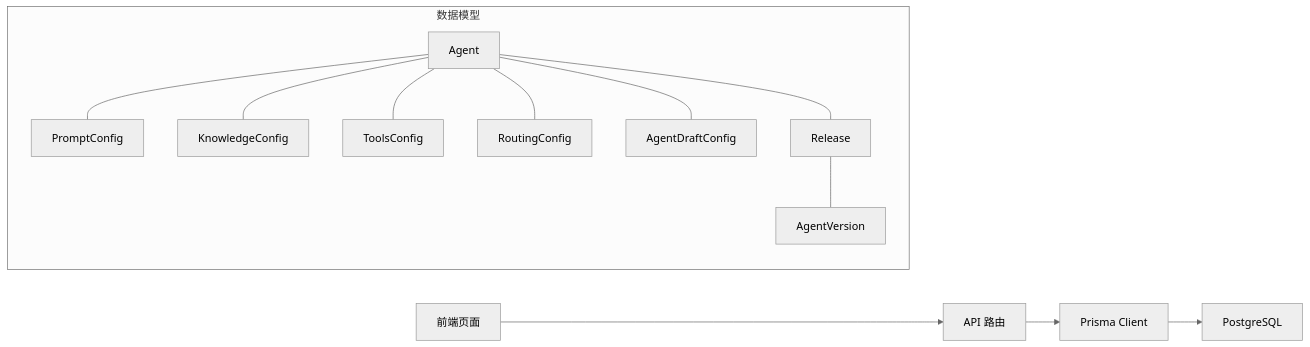
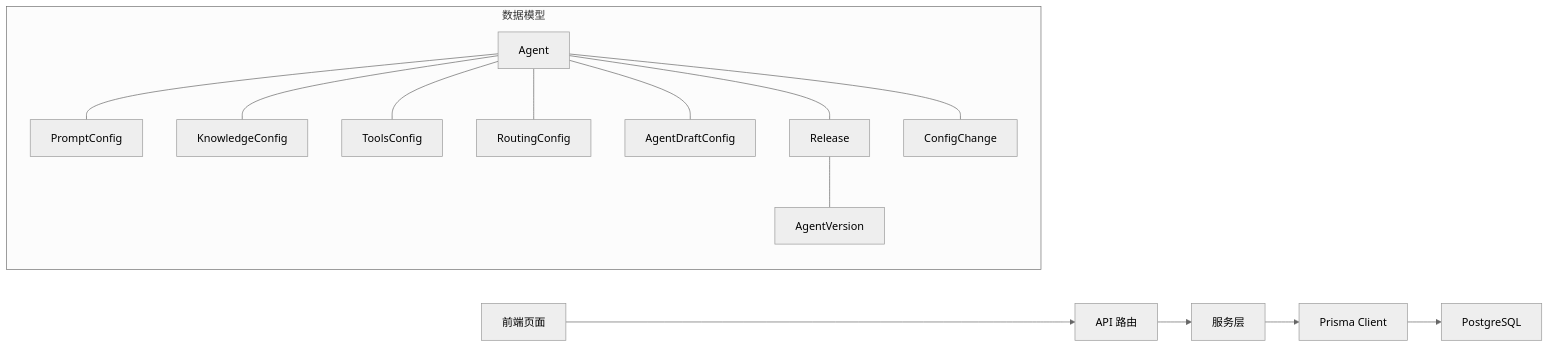
The sixth of 6 diagrams in .qoder/repowiki/zh/content/功能模块/Agent 管理.md (ai-guru-global/agent-up), drawn with Mermaid (neutral theme) before and after one commit. The commit also changed other lines of this file and 57 other files, not shown here.

````diff
--- a/.qoder/repowiki/zh/content/功能模块/Agent 管理.md
+++ b/.qoder/repowiki/zh/content/功能模块/Agent 管理.md
@@ -355,23 +369,26 @@
 ```mermaid
 graph LR
 FE["前端页面"] --> API["API 路由"]
-API --> PRISMA["Prisma Client"]
+API --> SVC["服务层"]
+SVC --> PRISMA["Prisma Client"]
 PRISMA --> PG["PostgreSQL"]
 subgraph "数据模型"
 AG["Agent"]
 PC["PromptConfig"]
 KC["KnowledgeConfig"]
 TC["ToolsConfig"]
 RC["RoutingConfig"]
 DC["AgentDraftConfig"]
 RL["Release"]
 AV["AgentVersion"]
+CC["ConfigChange"]
 end
 AG --- PC
 AG --- KC
 AG --- TC
 AG --- RC
 AG --- DC
 AG --- RL
 RL --- AV
+AG --- CC
 ```
````
